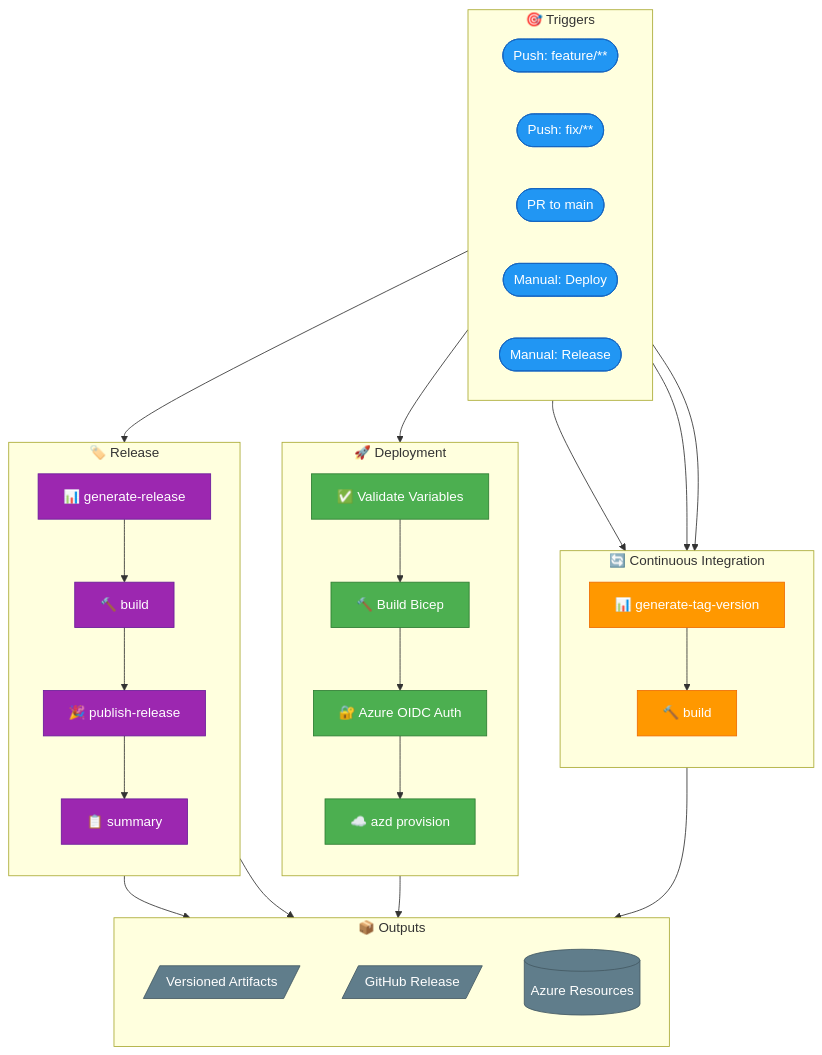
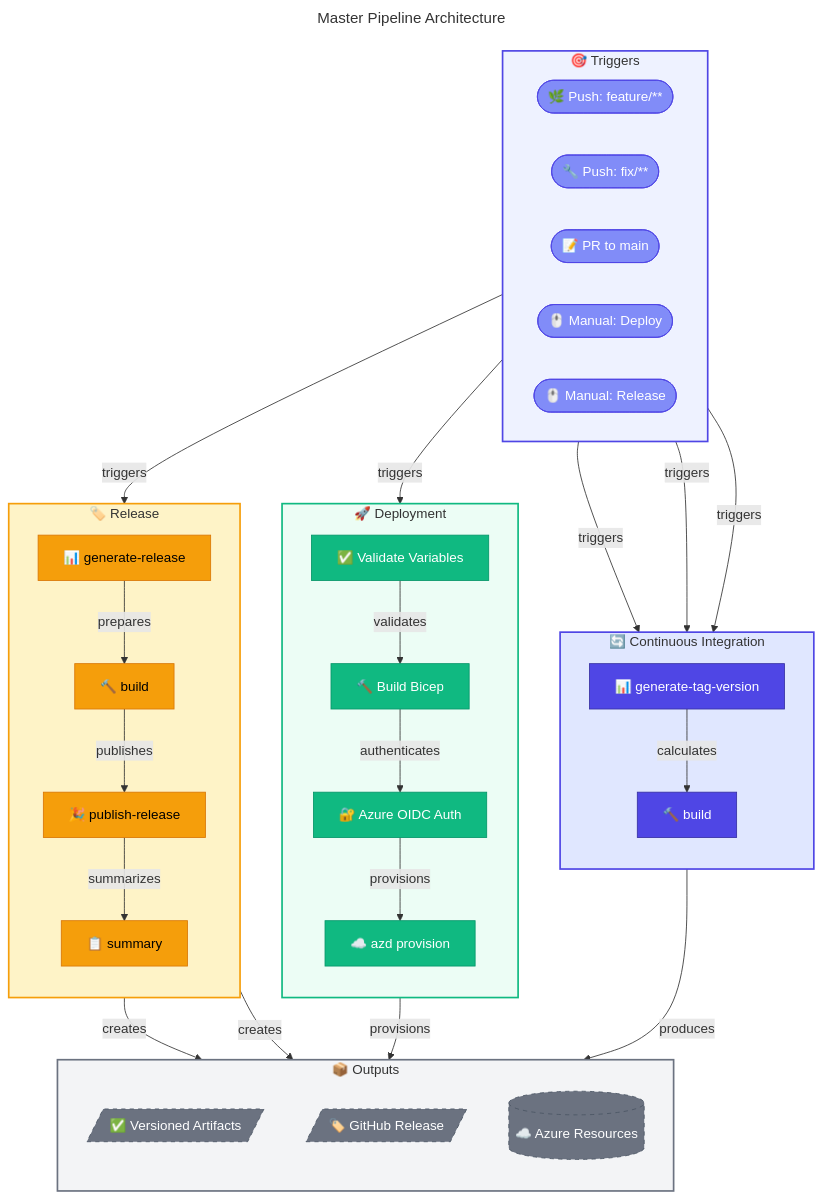
One commit to Evilazaro/DevExp-DevBox changed the first of 3 diagrams in docs/devops/README.md. Above: the diagram before and after it, drawn with Mermaid. The commit also changed other lines of this file, not shown here.

Commit message:
Enhance CI/CD pipeline documentation by adding emojis, improving diagram styles, and refining connections for better clarity and navigation.

````diff
--- a/docs/devops/README.md
+++ b/docs/devops/README.md
@@ -60,64 +60,81 @@
 ```mermaid
+---
+title: Master Pipeline Architecture
+---
 flowchart TB
-    subgraph "🎯 Triggers"
+    %% ===== TRIGGERS =====
+    subgraph Triggers["🎯 Triggers"]
         direction LR
-        T1([Push: feature/**])
-        T2([Push: fix/**])
-        T3([PR to main])
-        T4([Manual: Deploy])
-        T5([Manual: Release])
+        T1(["🌿 Push: feature/**"])
+        T2(["🔧 Push: fix/**"])
+        T3(["📝 PR to main"])
+        T4(["🖱️ Manual: Deploy"])
+        T5(["🖱️ Manual: Release"])
     end
 
-    subgraph "🔄 Continuous Integration"
+    %% ===== CONTINUOUS INTEGRATION =====
+    subgraph CI["🔄 Continuous Integration"]
         direction TB
         CI1["📊 generate-tag-version"]
         CI2["🔨 build"]
-        CI1 --> CI2
+        CI1 -->|calculates| CI2
     end
 
-    subgraph "🚀 Deployment"
+    %% ===== DEPLOYMENT =====
+    subgraph Deployment["🚀 Deployment"]
         direction TB
         D1["✅ Validate Variables"]
         D2["🔨 Build Bicep"]
         D3["🔐 Azure OIDC Auth"]
         D4["☁️ azd provision"]
-        D1 --> D2 --> D3 --> D4
+        D1 -->|validates| D2 -->|authenticates| D3 -->|provisions| D4
     end
 
-    subgraph "🏷️ Release"
+    %% ===== RELEASE =====
+    subgraph Release["🏷️ Release"]
         direction TB
         R1["📊 generate-release"]
         R2["🔨 build"]
         R3["🎉 publish-release"]
         R4["📋 summary"]
-        R1 --> R2 --> R3 --> R4
+        R1 -->|prepares| R2 -->|publishes| R3 -->|summarizes| R4
     end
 
-    subgraph "📦 Outputs"
+    %% ===== OUTPUTS =====
+    subgraph Outputs["📦 Outputs"]
         direction TB
-        O1[/"Versioned Artifacts"/]
-        O2[/"GitHub Release"/]
-        O3[(Azure Resources)]
+        O1[/"✅ Versioned Artifacts"/]
+        O2[/"🏷️ GitHub Release"/]
+        O3[("☁️ Azure Resources")]
     end
 
-    T1 & T2 & T3 --> CI1
-    T4 --> D1
-    T5 --> R1
+    %% ===== CONNECTIONS =====
+    T1 & T2 & T3 -->|triggers| CI1
+    T4 -->|triggers| D1
+    T5 -->|triggers| R1
 
-    CI2 --> O1
-    R3 --> O1
-    R3 --> O2
-    D4 --> O3
+    CI2 -->|produces| O1
+    R3 -->|creates| O1
+    R3 -->|creates| O2
+    D4 -->|provisions| O3
 
-    classDef trigger fill:#2196F3,stroke:#1565C0,color:#fff
-    classDef ci fill:#FF9800,stroke:#EF6C00,color:#fff
-    classDef deploy fill:#4CAF50,stroke:#2E7D32,color:#fff
-    classDef release fill:#9C27B0,stroke:#6A1B9A,color:#fff
-    classDef output fill:#607D8B,stroke:#455A64,color:#fff
+    %% ===== STYLES =====
+    classDef trigger fill:#818CF8,stroke:#4F46E5,color:#FFFFFF
+    classDef primary fill:#4F46E5,stroke:#3730A3,color:#FFFFFF
+    classDef secondary fill:#10B981,stroke:#059669,color:#FFFFFF
+    classDef datastore fill:#F59E0B,stroke:#D97706,color:#000000
+    classDef external fill:#6B7280,stroke:#4B5563,color:#FFFFFF,stroke-dasharray:5 5
 
     class T1,T2,T3,T4,T5 trigger
-    class CI1,CI2 ci
-    class D1,D2,D3,D4 deploy
-    class R1,R2,R3,R4 release
-    class O1,O2,O3 output
+    class CI1,CI2 primary
+    class D1,D2,D3,D4 secondary
+    class R1,R2,R3,R4 datastore
+    class O1,O2,O3 external
+    
+    %% ===== SUBGRAPH STYLES =====
+    style Triggers fill:#EEF2FF,stroke:#4F46E5,stroke-width:2px
+    style CI fill:#E0E7FF,stroke:#4F46E5,stroke-width:2px
+    style Deployment fill:#ECFDF5,stroke:#10B981,stroke-width:2px
+    style Release fill:#FEF3C7,stroke:#F59E0B,stroke-width:2px
+    style Outputs fill:#F3F4F6,stroke:#6B7280,stroke-width:2px
 ```
````
